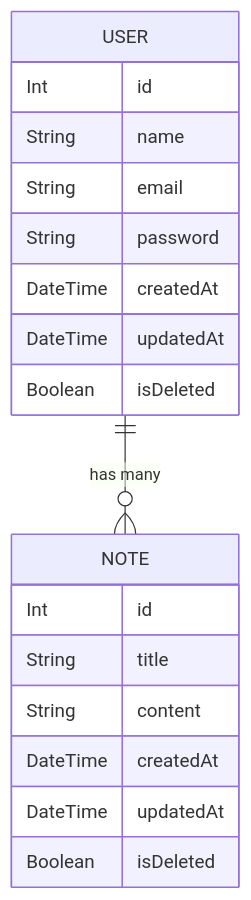
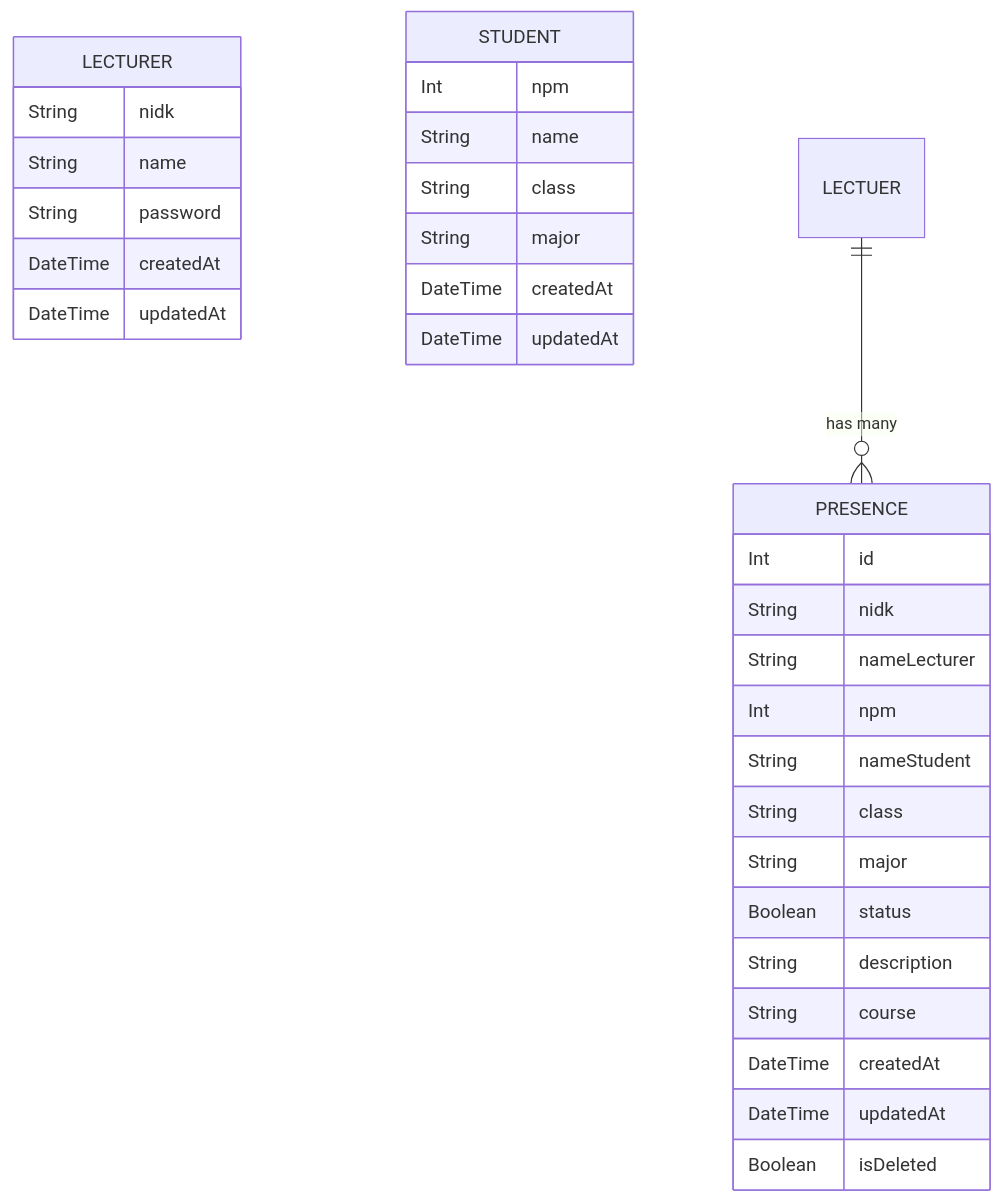
One commit to christian-siahaan26/BE-PI-NICKY changed the second of 2 diagrams in README.md. Above: the diagram before and after it, drawn with Mermaid. The commit also changed other lines of this file, not shown here.

````diff
--- a/README.md
+++ b/README.md
@@ -103,23 +103,37 @@
 ```mermaid
 erDiagram
-    USER {
+    LECTURER {
+        String nidk
+        String name
+        String password
+        DateTime createdAt
+        DateTime updatedAt
+    }
+
+    STUDENT {
+        Int npm
+        String name
+        String class
+        String major
+        DateTime createdAt
+        DateTime updatedAt
+    }
+
+    PRESENCE {
         Int id
-        String name
-        String email
-        String password
+        String nidk
+        String nameLecturer
+        Int npm
+        String nameStudent
+        String class
+        String major
+        Boolean status
+        String description
+        String course
         DateTime createdAt
         DateTime updatedAt
         Boolean isDeleted
     }
 
-    NOTE {
-        Int id
-        String title
-        String content
-        DateTime createdAt
-        DateTime updatedAt
-        Boolean isDeleted
-    }
-
-    USER ||--o{ NOTE : "has many"
+    LECTUER ||--o{ PRESENCE : "has many"
 ```
````
